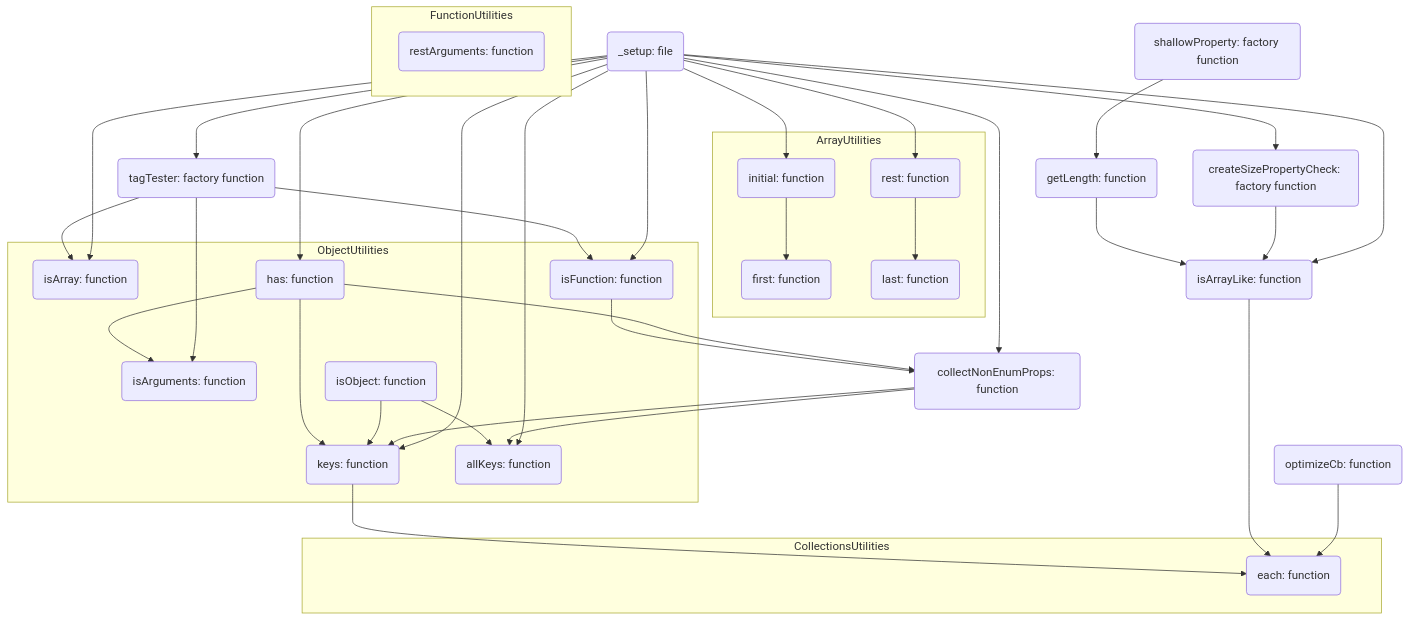
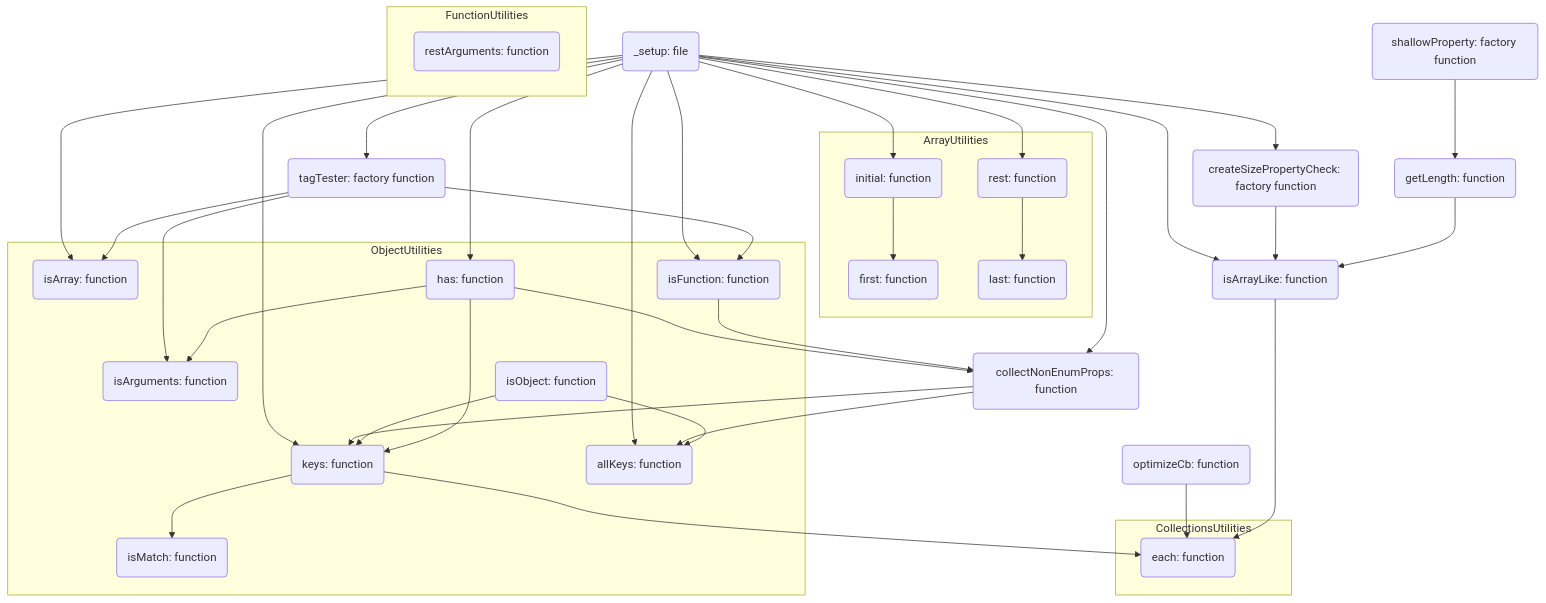
One commit to AshGreyG/To-Realize-Underscore changed the diagram in doc/dependencies.mmd. Above: the diagram before and after it, drawn with Mermaid. The commit also changed 6 other files, not shown here.

Commit message:
:sparkles: add `isMatch` function and update the type definitions

```diff
--- a/doc/dependencies.mmd
+++ b/doc/dependencies.mmd
@@ -1,112 +1,119 @@
 flowchart TD
   %% Define nodes and their names
 
   %%% `_xxx` files
 
   _setup(_setup: file)
   _shallowProperty(shallowProperty: factory function)
   _getLength(getLength: function)
   _createSizePropertyCheck(createSizePropertyCheck: factory function)
   _isArrayLike(isArrayLike: function)
   _tagTester(tagTester: factory function)
   _optimizeCb(optimizeCb: function)
   _collectNonEnumProps(collectNonEnumProps: function)
 
   %%% Collections functions
 
   subgraph CollectionsUtilities
     each(each: function)
   end
 
   %%% Array functions
 
   subgraph ArrayUtilities
     initial(initial: function)
     first(first: function)
     rest(rest: function)
     last(last: function)
   end
 
   %%% Object functions
 
   subgraph ObjectUtilities
     isArray(isArray: function)
     isArguments(isArguments: function)
     isObject(isObject: function)
     isFunction(isFunction: function)
+    isMatch(isMatch: function)
     has(has: function)
     keys(keys: function)
     allKeys(allKeys: function)
   end
 
   subgraph FunctionUtilities
     restArguments(restArguments: function)
   end
 
   %% Edge settings
 
   _setup --> initial
   _setup --> rest
   _setup --> _isArrayLike
   _setup --> _tagTester
   _setup --> isArray
   _setup --> has
   _setup --> _createSizePropertyCheck
   _setup --> _collectNonEnumProps
   _setup --> isFunction
   _setup --> keys
   _setup --> allKeys
 
   _tagTester --> isArray
   _tagTester --> isArguments
   _tagTester --> isFunction
   _shallowProperty --> _getLength
   _createSizePropertyCheck --> _isArrayLike
   _getLength --> _isArrayLike
   initial --> first
   rest --> last 
   has --> isArguments
   has --> _collectNonEnumProps
   isFunction --> _collectNonEnumProps
   _collectNonEnumProps --> keys
   isObject --> keys
   has --> keys
   _collectNonEnumProps --> allKeys
   isObject --> allKeys
   _optimizeCb --> each
   _isArrayLike --> each
   keys --> each
+  keys --> isMatch
 
   %% Hyperlink settings
 
   %%% `_xxx` files
  
   click _setup "https://github.com/AshGreyG/To-Realize-Underscore/blob/main/modules/_setup.js"
   click _shallowProperty "https://github.com/AshGreyG/To-Realize-Underscore/blob/main/modules/_shallowProperty.js"
   click _getLength "https://github.com/AshGreyG/To-Realize-Underscore/blob/main/modules/_getLength.js"
   click _createSizePropertyCheck "https://github.com/AshGreyG/To-Realize-Underscore/blob/main/modules/_createSizePropertyCheck.js"
   click _isArrayLike "https://github.com/AshGreyG/To-Realize-Underscore/blob/main/modules/_isArrayLike.js"
   click _tagTester "https://github.com/AshGreyG/To-Realize-Underscore/blob/main/modules/_tagTester.js"
   click _optimizeCb "https://github.com/AshGreyG/To-Realize-Underscore/blob/main/modules/_optimizeCb.js"
   click _collectNonEnumProps "https://github.com/AshGreyG/To-Realize-Underscore/blob/main/modules/_collectNonEnumProps.js"
 
+  %%% Collection functions
+
+  click each "https://github.com/AshGreyG/To-Realize-Underscore/blob/main/modules/each.js"
+
   %%% Array functions
 
   click initial "https://github.com/AshGreyG/To-Realize-Underscore/blob/main/modules/initial.js"
   click first "https://github.com/AshGreyG/To-Realize-Underscore/blob/main/modules/first.js"
   click rest "https://github.com/AshGreyG/To-Realize-Underscore/blob/main/modules/rest.js"
   click last "https://github.com/AshGreyG/To-Realize-Underscore/blob/main/modules/last.js"
 
   %%% Object functions
 
   click isArray "https://github.com/AshGreyG/To-Realize-Underscore/blob/main/modules/isArray.js"
   click isArguments "https://github.com/AshGreyG/To-Realize-Underscore/blob/main/modules/isArguments.js"
   click isObject "https://github.com/AshGreyG/To-Realize-Underscore/blob/main/modules/isObject.js"
   click isFunction "https://github.com/AshGreyG/To-Realize-Underscore/blob/main/modules/isFunction.js"
+  click isMatch "https://github.com/AshGreyG/To-Realize-Underscore/blob/main/modules/isMatch.js"
   click has "https://github.com/AshGreyG/To-Realize-Underscore/blob/main/modules/_has.js"
   click keys "https://github.com/AshGreyG/To-Realize-Underscore/blob/main/modules/keys.js"
   click allKeys "https://github.com/AshGreyG/To-Realize-Underscore/blob/main/modules/allKeys.js"
 
   %%% Function functions 😄
 
   click restArguments "https://github.com/AshGreyG/To-Realize-Underscore/blob/main/modules/restArguments.js"
```
